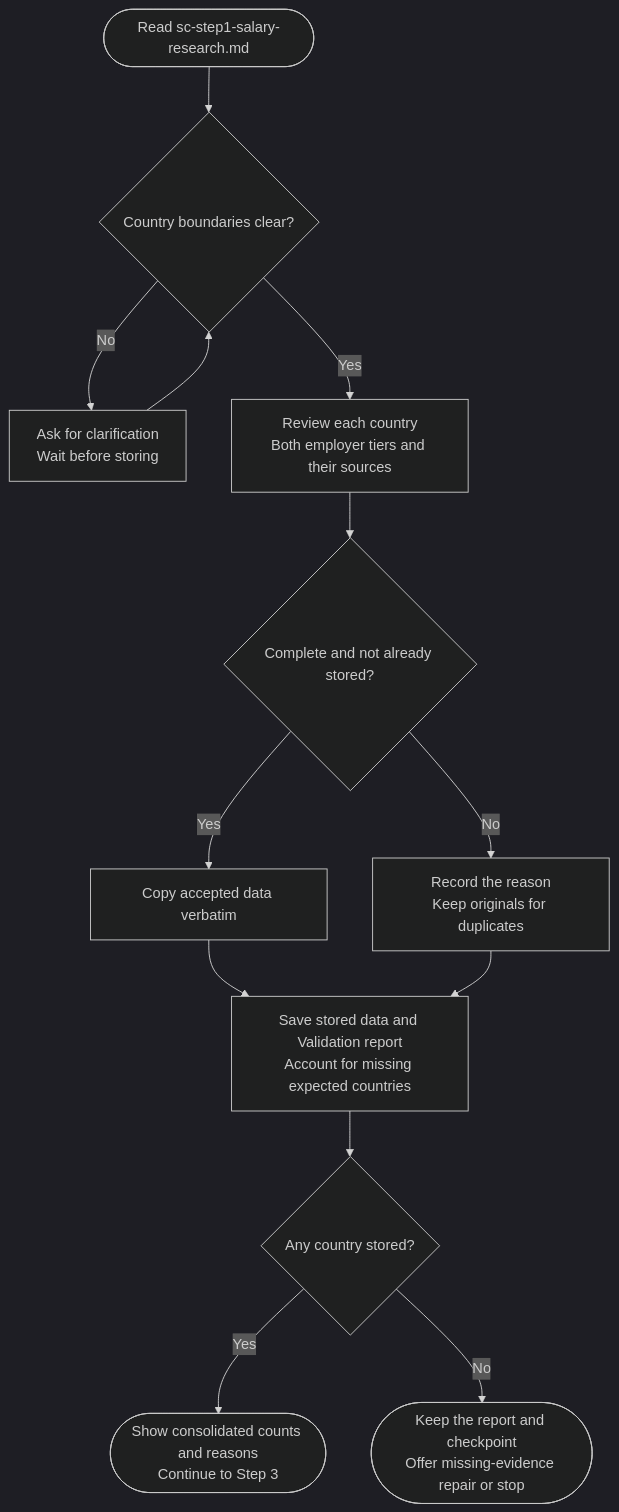
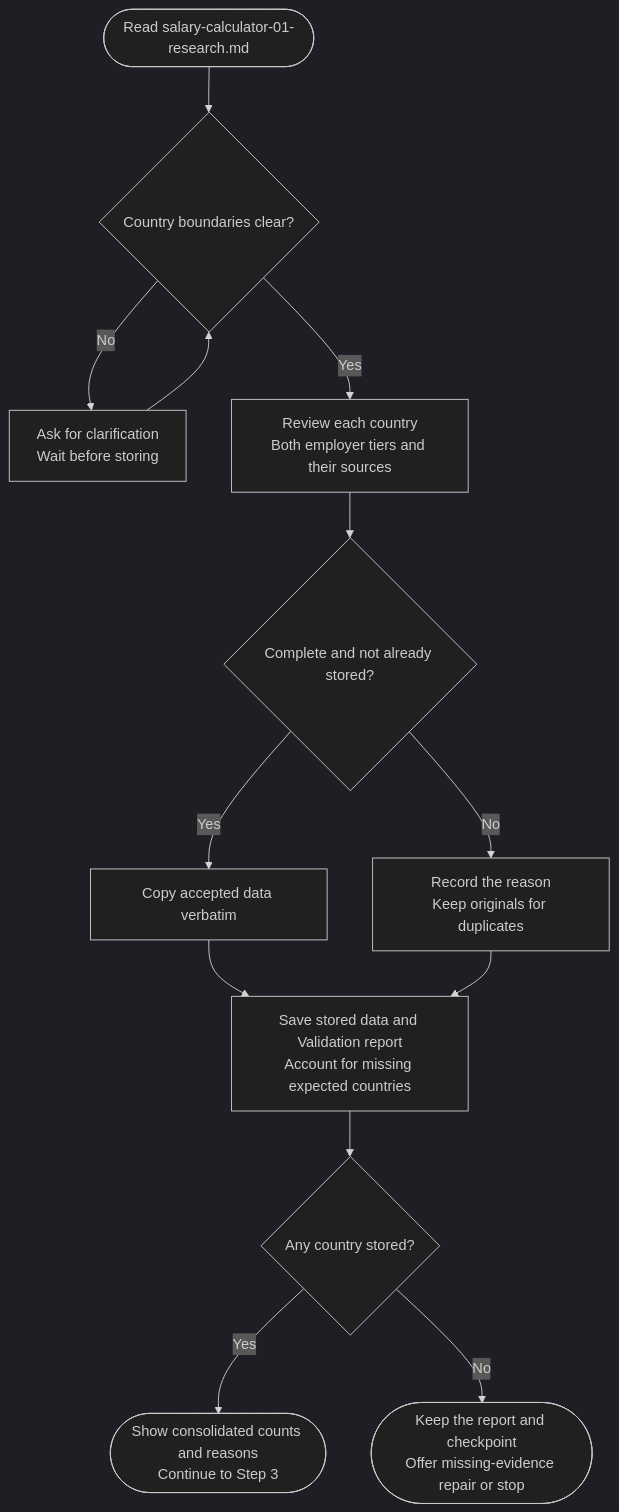
One commit to myowinthein/agent-compass changed the diagram in docs/commands/salary-calculator/step2-data-validation.md. Above: the diagram before and after it, drawn with Mermaid (dark theme). The commit also changed other lines of this file and 44 other files, not shown here.

````diff
--- a/docs/commands/salary-calculator/step2-data-validation.md
+++ b/docs/commands/salary-calculator/step2-data-validation.md
@@ -14,15 +14,15 @@
 ```mermaid
 flowchart TD
-  Start(["Read sc-step1-salary-research.md"]) --> Bounds{"Country boundaries clear?"}
+  Start(["Read salary-calculator-01-research.md"]) --> Bounds{"Country boundaries clear?"}
   Bounds -->|No| Ask["Ask for clarification<br/>Wait before storing"]
   Ask --> Bounds
   Bounds -->|Yes| Review["Review each country<br/>Both employer tiers and their sources"]
   Review --> Accept{"Complete and not already stored?"}
   Accept -->|Yes| Store["Copy accepted data verbatim"]
   Accept -->|No| Skip["Record the reason<br/>Keep originals for duplicates"]
   Store --> Save["Save stored data and Validation report<br/>Account for missing expected countries"]
   Skip --> Save
   Save --> Usable{"Any country stored?"}
   Usable -->|Yes| Next(["Show consolidated counts and reasons<br/>Continue to Step 3"])
   Usable -->|No| Repair(["Keep the report and checkpoint<br/>Offer missing-evidence repair or stop"])
 ```
````
